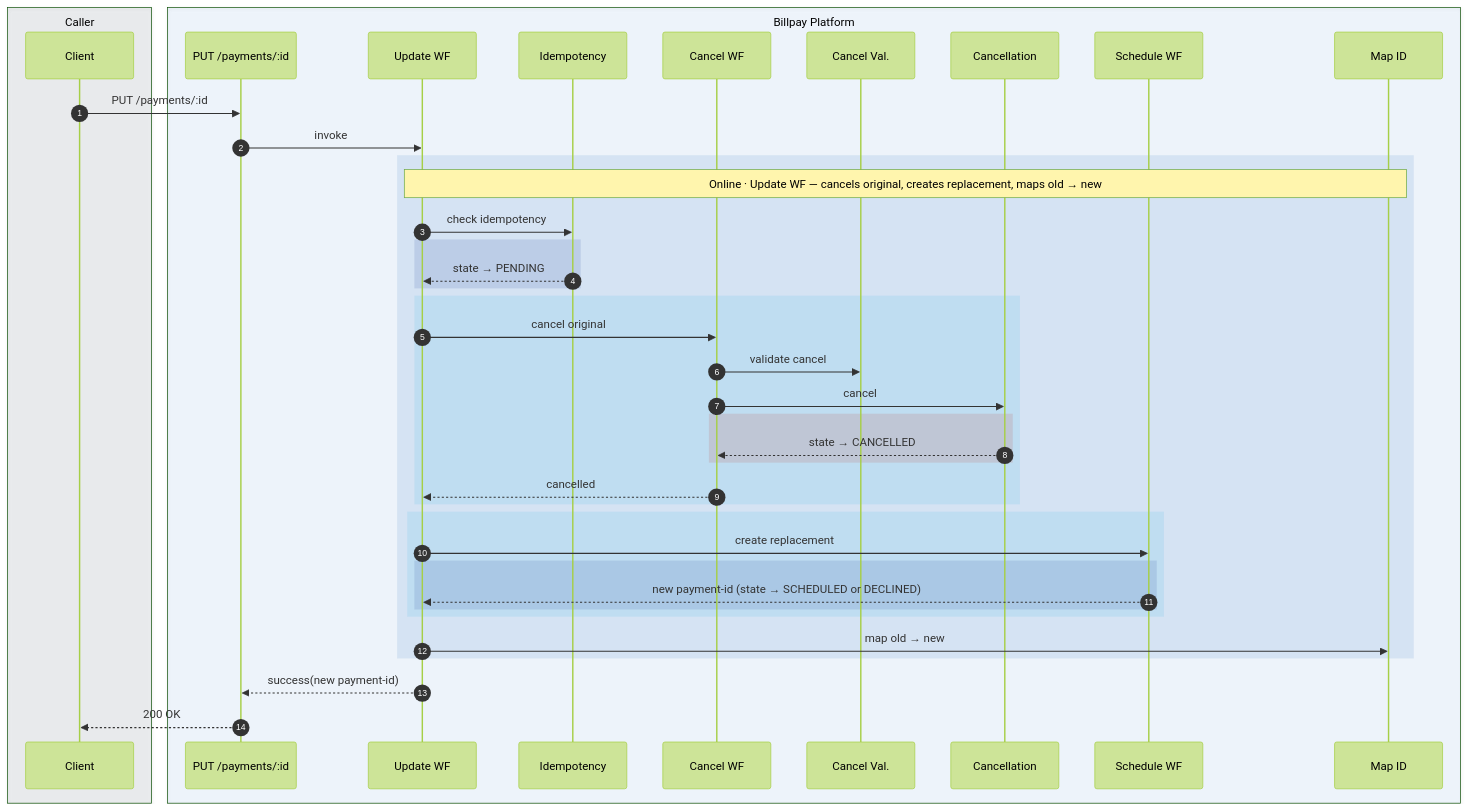
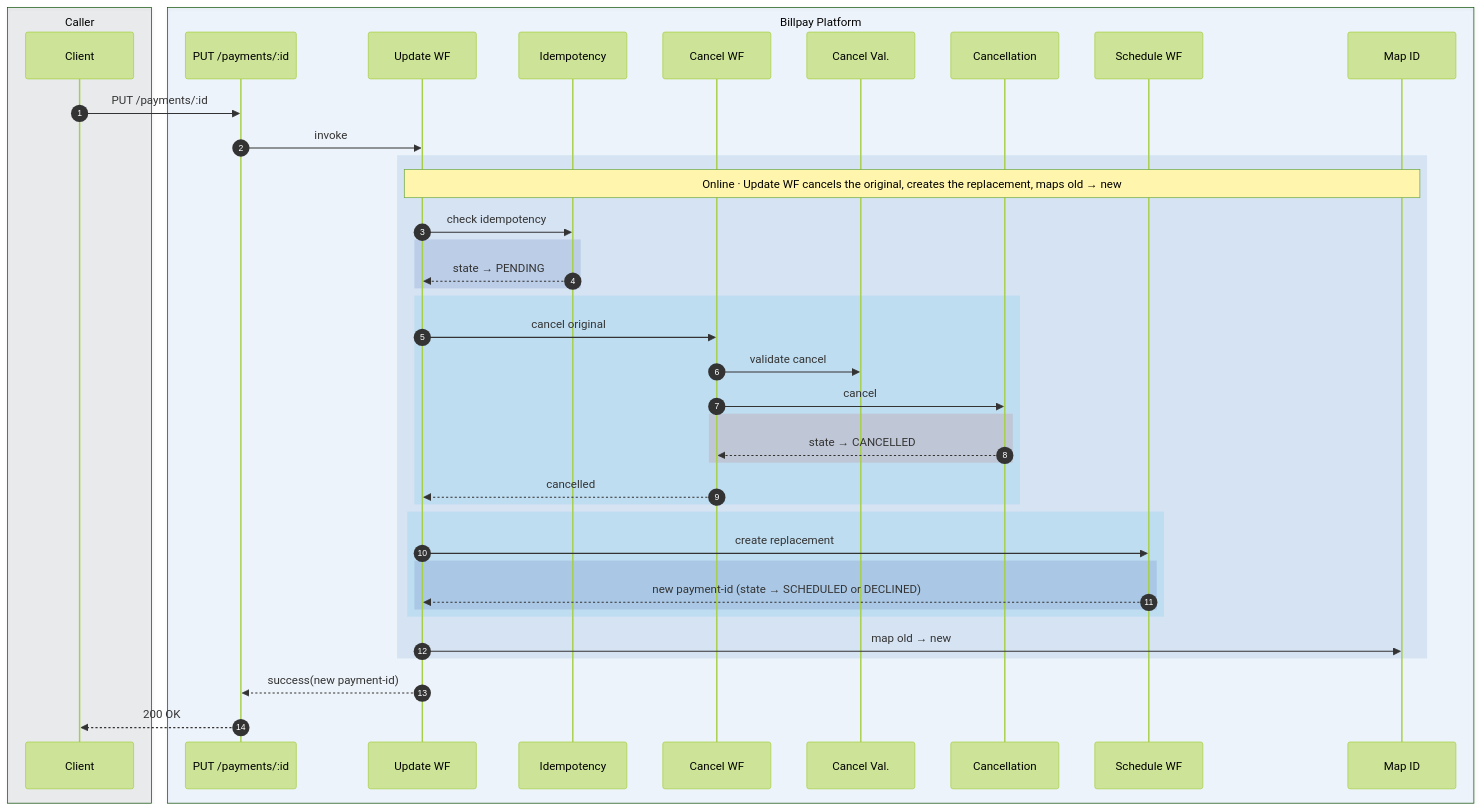
One commit to arunav-bhattacharya/billpay-book changed the fifth of 12 diagrams in website/docs/design/diagrams/sequence-diagram.md. Above: the diagram before and after it, drawn with Mermaid (forest theme). The commit also changed other lines of this file and 95 other files, not shown here.

````diff
--- a/website/docs/design/diagrams/sequence-diagram.md
+++ b/website/docs/design/diagrams/sequence-diagram.md
@@ -405,52 +405,52 @@
 ```mermaid
 sequenceDiagram
   autonumber
 
   box rgba(111,124,143,0.12) Caller
     participant C as Client
   end
 
   box rgba(1,111,208,0.06) Billpay Platform
     participant API as PUT /payments/:id
     participant U as Update WF
     participant IDEMP as Idempotency
     participant CAN as Cancel WF
     participant PCV as Cancel Val.
     participant PCN as Cancellation
     participant CSP as Schedule WF
     participant MAP as Map ID
   end
 
   C->>API: PUT /payments/:id
   API->>U: invoke
 
   rect rgba(1,91,179,0.10)
-    Note over U,MAP: Online · Update WF — cancels original, creates replacement, maps old → new
+    Note over U,MAP: Online · Update WF cancels the original, creates the replacement, maps old → new
     U->>IDEMP: check idempotency
     rect rgba(52,81,158,0.15)
       IDEMP-->>U: state → PENDING
     end
 
     rect rgba(0,163,224,0.10)
       U->>CAN: cancel original
       CAN->>PCV: validate cancel
       CAN->>PCN: cancel
       rect rgba(192,57,43,0.14)
         PCN-->>CAN: state → CANCELLED
       end
       CAN-->>U: cancelled
     end
 
     rect rgba(0,163,224,0.10)
       U->>CSP: create replacement
       rect rgba(52,81,158,0.15)
         CSP-->>U: new payment-id (state → SCHEDULED or DECLINED)
       end
     end
 
     U->>MAP: map old → new
   end
 
   U-->>API: success(new payment-id)
   API-->>C: 200 OK
 ```
````
